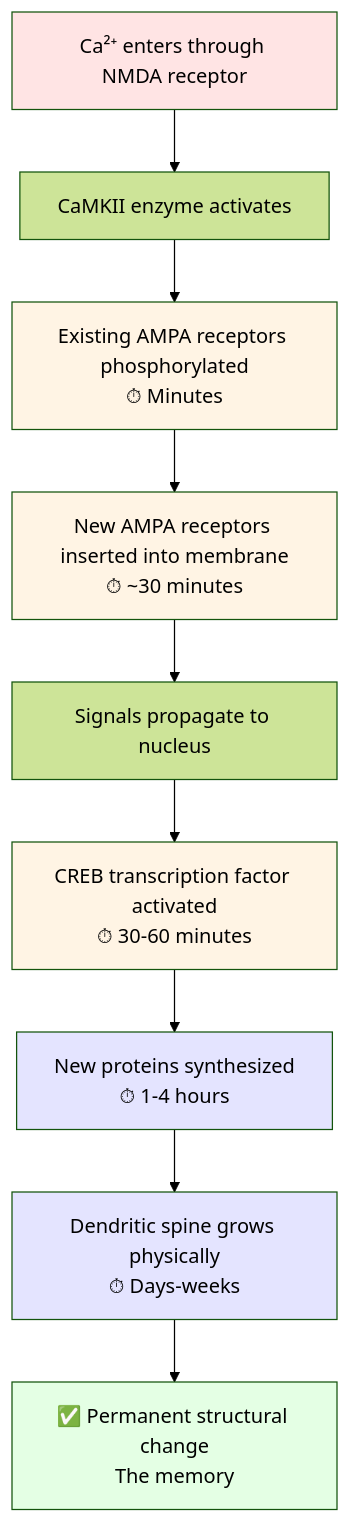
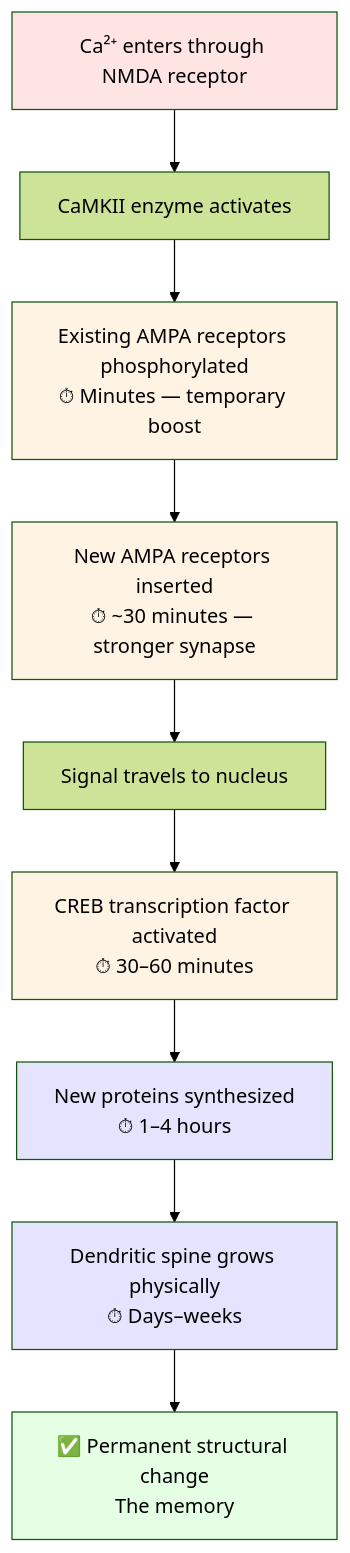
One commit to HariOm-Labs/brain-before-ai changed the diagram in 04-learning-mechanisms.md. Above: the diagram before and after it, drawn with Mermaid (forest theme). The commit also changed other lines of this file and 17 other files, not shown here.

````diff
--- a/04-learning-mechanisms.md
+++ b/04-learning-mechanisms.md
@@ -26,19 +56,19 @@
 ```mermaid
 flowchart TD
     A[Ca²⁺ enters through NMDA receptor] --> B[CaMKII enzyme activates]
-    B --> C[Existing AMPA receptors phosphorylated<br/>⏱ Minutes]
-    C --> D[New AMPA receptors inserted into membrane<br/>⏱ ~30 minutes]
-    D --> E[Signals propagate to nucleus]
-    E --> F[CREB transcription factor activated<br/>⏱ 30-60 minutes]
-    F --> G[New proteins synthesized<br/>⏱ 1-4 hours]
-    G --> H[Dendritic spine grows physically<br/>⏱ Days-weeks]
+    B --> C[Existing AMPA receptors phosphorylated<br/>⏱ Minutes — temporary boost]
+    C --> D[New AMPA receptors inserted<br/>⏱ ~30 minutes — stronger synapse]
+    D --> E[Signal travels to nucleus]
+    E --> F[CREB transcription factor activated<br/>⏱ 30–60 minutes]
+    F --> G[New proteins synthesized<br/>⏱ 1–4 hours]
+    G --> H[Dendritic spine grows physically<br/>⏱ Days–weeks]
     H --> I[✅ Permanent structural change<br/>The memory]
 
     style A fill:#ffe4e4
     style I fill:#e4ffe4
     style C fill:#fff4e4
     style D fill:#fff4e4
     style F fill:#fff4e4
     style G fill:#e4e4ff
     style H fill:#e4e4ff
 ```
````
